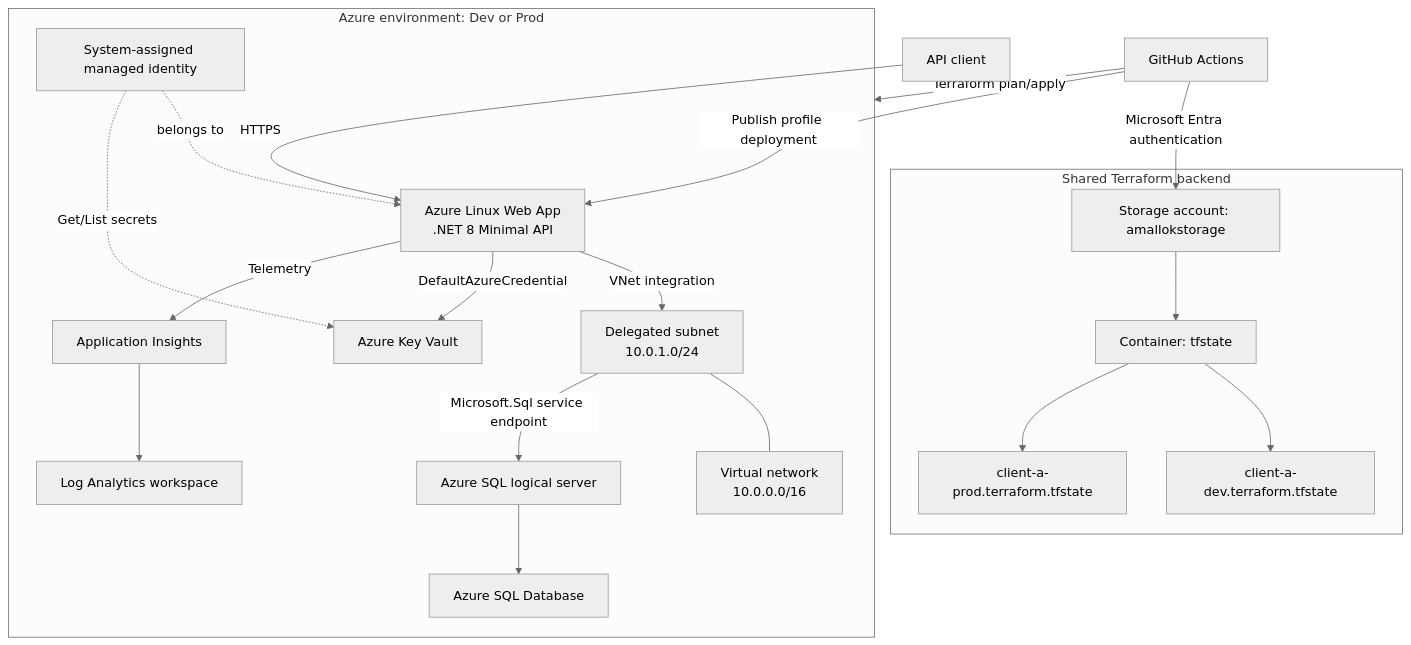
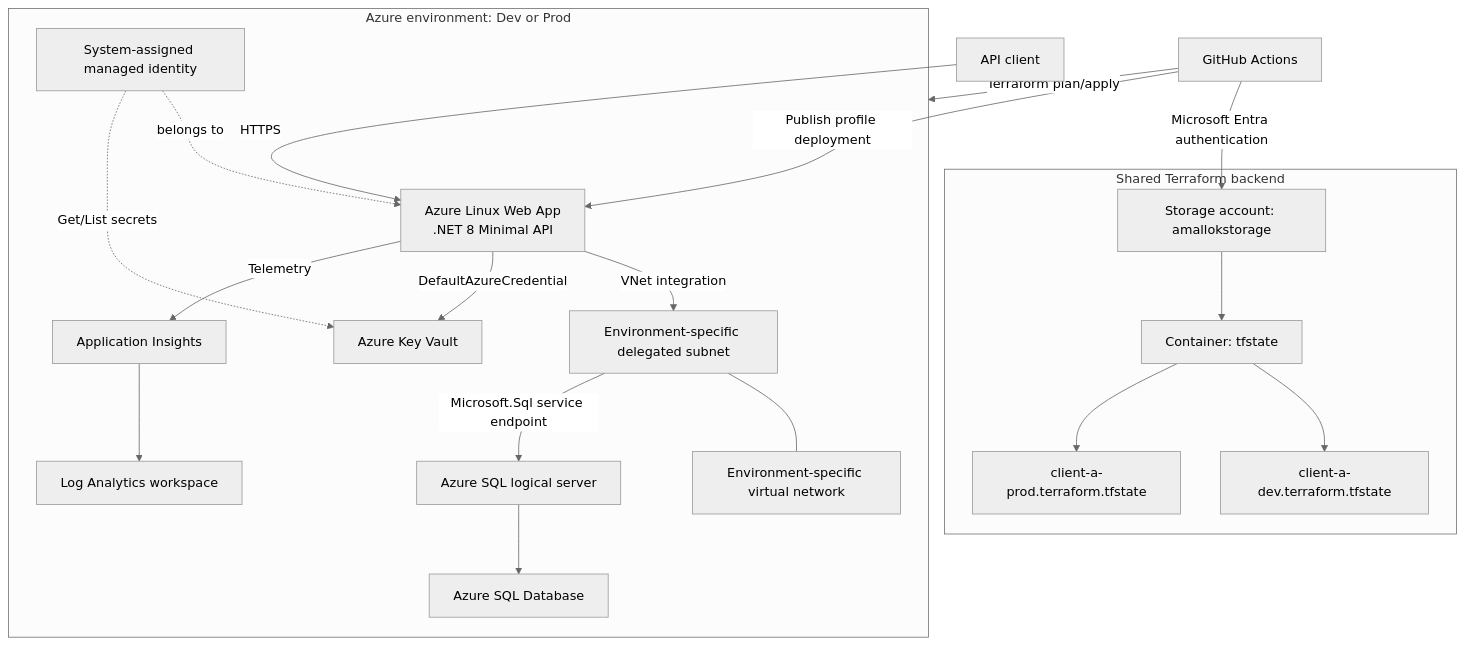
Before and after one commit to AmilkarDev/APIProducts: the first of 2 diagrams in ARCHITECTURE.md, drawn with Mermaid (neutral theme). The commit also changed other lines of this file and 6 other files, not shown here.

Commit message:
Use distinct network ranges per environment AB#7

````diff
--- a/ARCHITECTURE.md
+++ b/ARCHITECTURE.md
@@ -20,29 +20,29 @@
 ```mermaid
 flowchart TB
     User[API client] -->|HTTPS| WebApp[Azure Linux Web App<br/>.NET 8 Minimal API]
 
     subgraph Environment[Azure environment: Dev or Prod]
-        WebApp -->|VNet integration| Subnet[Delegated subnet<br/>10.0.1.0/24]
-        Subnet --- VNet[Virtual network<br/>10.0.0.0/16]
+        WebApp -->|VNet integration| Subnet[Environment-specific delegated subnet]
+        Subnet --- VNet[Environment-specific virtual network]
         Subnet -->|Microsoft.Sql service endpoint| SQL[Azure SQL logical server]
         SQL --> DB[Azure SQL Database]
 
         WebApp -->|DefaultAzureCredential| KV[Azure Key Vault]
         WebApp -->|Telemetry| AI[Application Insights]
         AI --> LAW[Log Analytics workspace]
 
         Identity[System-assigned managed identity] -. belongs to .-> WebApp
         Identity -. Get/List secrets .-> KV
     end
 
     GH[GitHub Actions] -->|Terraform plan/apply| Environment
     GH -->|Publish profile deployment| WebApp
     GH -->|Microsoft Entra authentication| Backend
 
     subgraph TerraformBackend[Shared Terraform backend]
         Backend[Storage account: amallokstorage]
         Backend --> Container[Container: tfstate]
         Container --> DevState[client-a-dev.terraform.tfstate]
         Container --> ProdState[client-a-prod.terraform.tfstate]
     end
 ```
````
